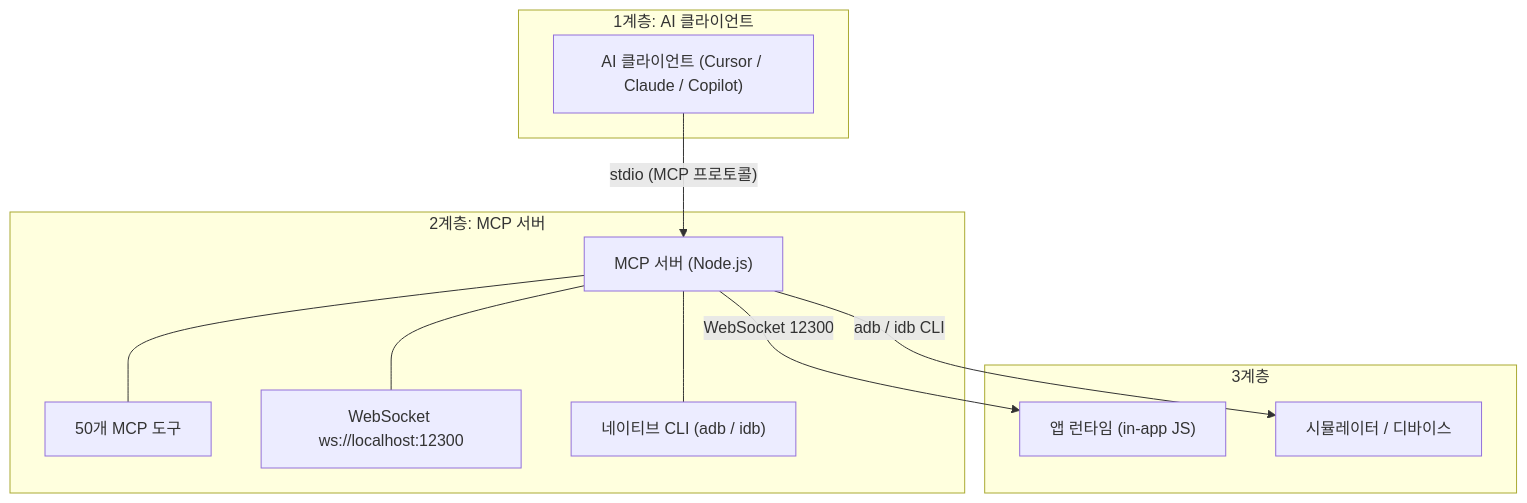
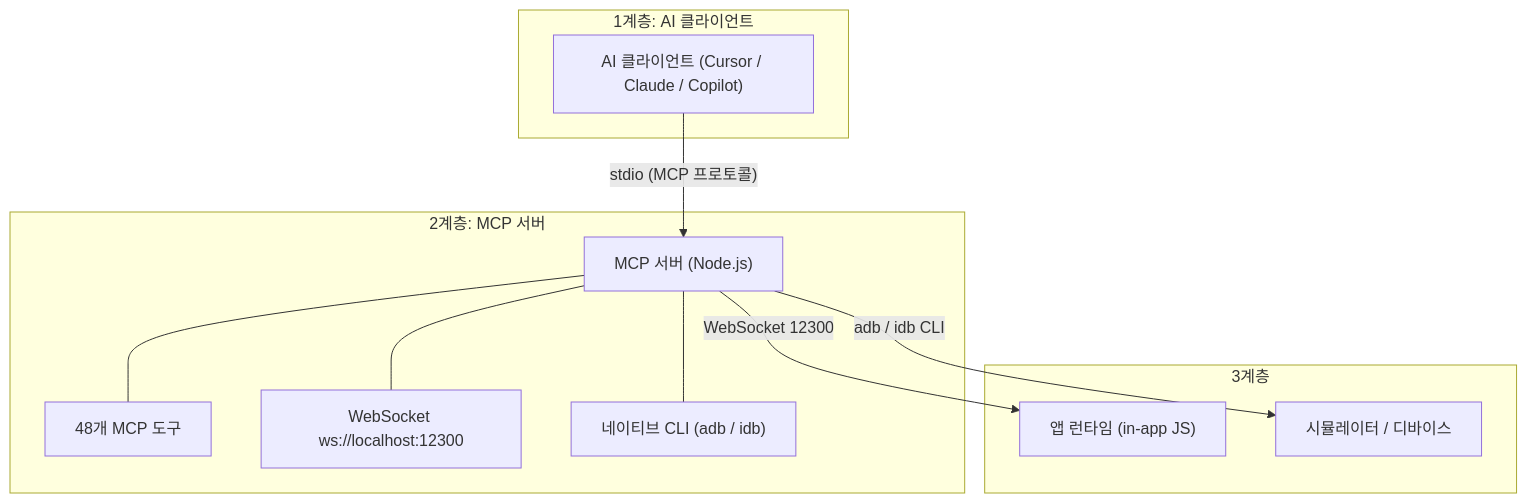
The first of 3 diagrams in document/docs/ko/contribute.mdx (ohah/react-native-mcp), drawn with Mermaid before and after one commit. The commit also changed other lines of this file and 64 other files, not shown here.

````diff
--- a/document/docs/ko/contribute.mdx
+++ b/document/docs/ko/contribute.mdx
@@ -131,22 +131,22 @@
 ```mermaid
 graph TB
   subgraph Layer1["1계층: AI 클라이언트"]
     AI["AI 클라이언트 (Cursor / Claude / Copilot)"]
   end
 
   subgraph Layer2["2계층: MCP 서버"]
     MCP["MCP 서버 (Node.js)"]
-    MCP --- M1["50개 MCP 도구"]
+    MCP --- M1["48개 MCP 도구"]
     MCP --- M2["WebSocket ws://localhost:12300"]
     MCP --- M3["네이티브 CLI (adb / idb)"]
   end
 
   subgraph Layer3["3계층"]
     App["앱 런타임 (in-app JS)"]
     Dev["시뮬레이터 / 디바이스"]
   end
 
   AI -->|"stdio (MCP 프로토콜)"| MCP
   MCP -->|"WebSocket 12300"| App
   MCP -->|"adb / idb CLI"| Dev
 ```
````
